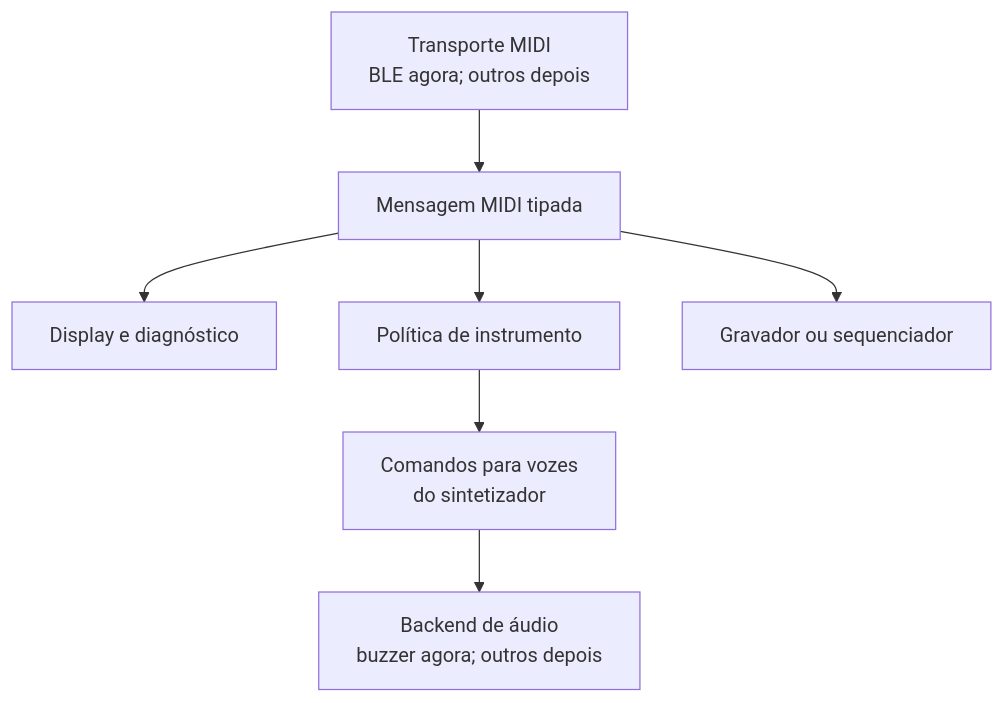
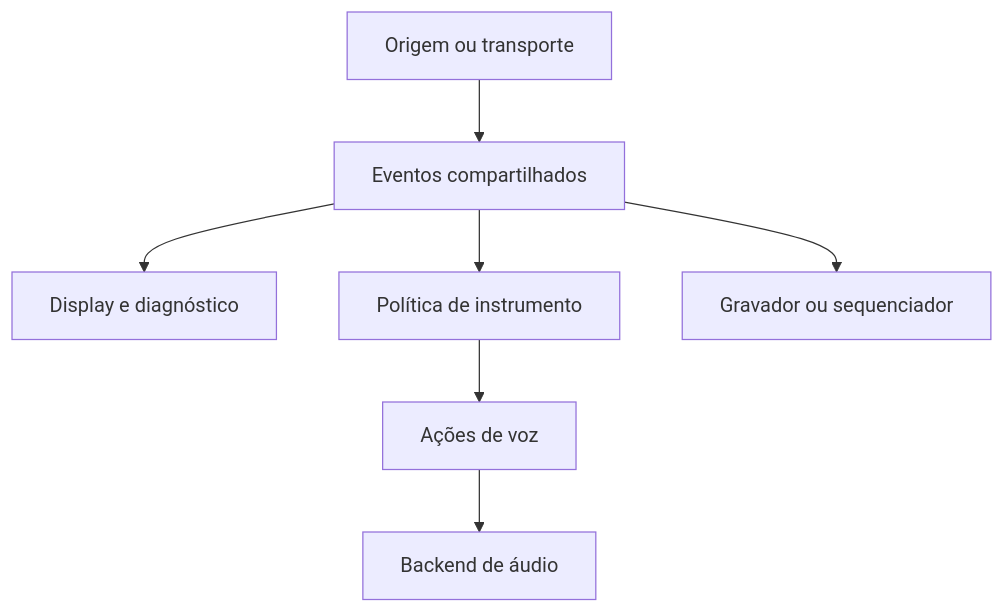
Before and after one commit to fczuardi/embedded-music-experiments: the second of 2 diagrams in DESIGN.md, drawn with Mermaid. The commit also changed other lines of this file, not shown here.

````diff
--- a/DESIGN.md
+++ b/DESIGN.md
@@ -76,9 +145,9 @@
 ```mermaid
 flowchart TD
-    T["Transporte MIDI<br/>BLE agora; outros depois"] --> M["Mensagem MIDI tipada"]
-    M --> D["Display e diagnóstico"]
-    M --> I["Política de instrumento"]
-    M --> Q["Gravador ou sequenciador"]
-    I --> V["Comandos para vozes<br/>do sintetizador"]
-    V --> B["Backend de áudio<br/>buzzer agora; outros depois"]
+    T["Origem ou transporte"] --> E["Eventos compartilhados"]
+    E --> D["Display e diagnóstico"]
+    E --> I["Política de instrumento"]
+    E --> R["Gravador ou sequenciador"]
+    I --> V["Ações de voz"]
+    V --> O["Backend de áudio"]
 ```
````
